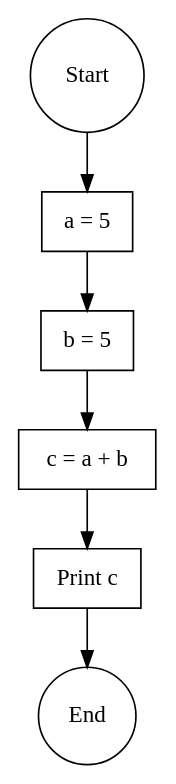
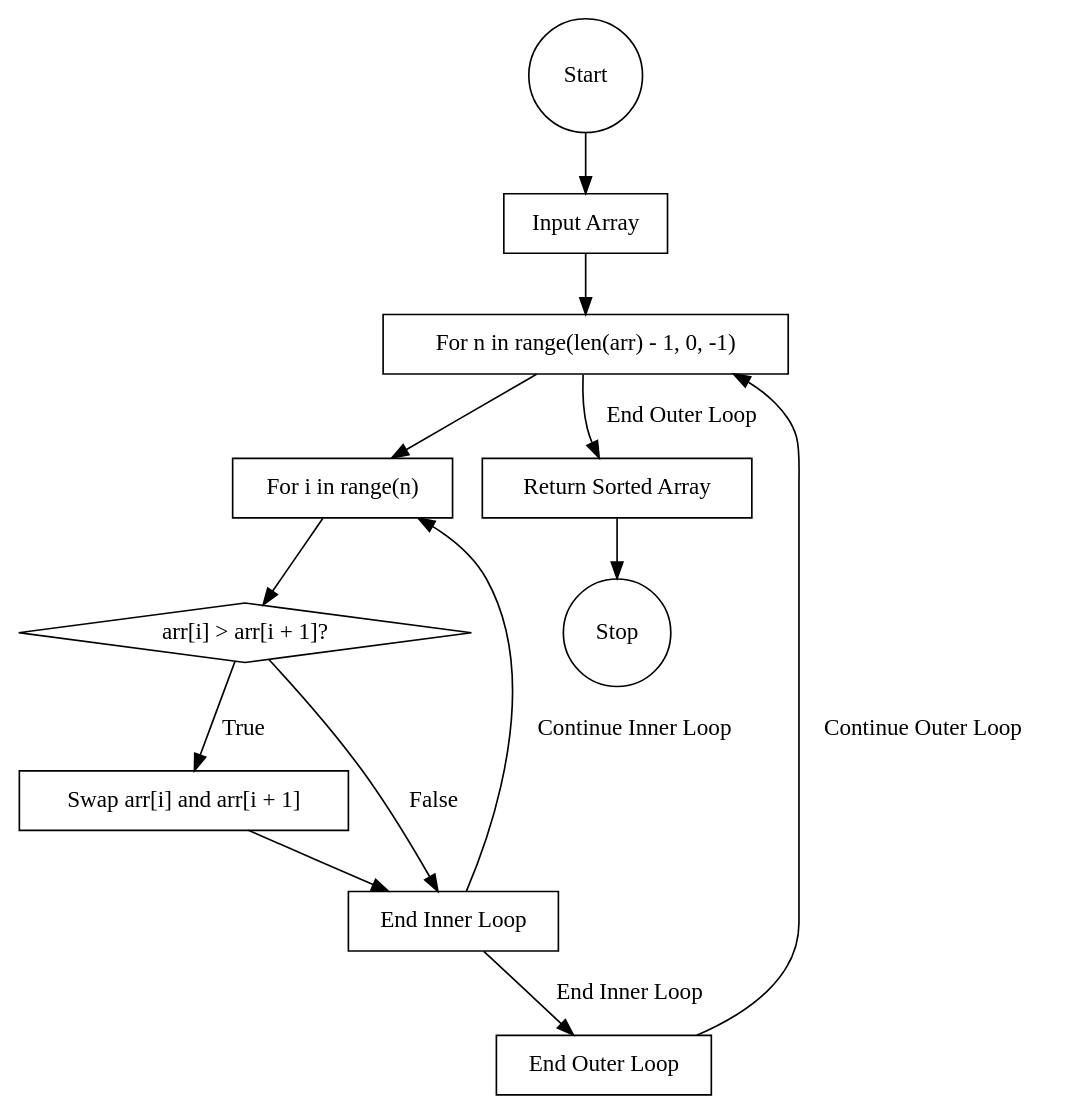
One commit to Saksham1515/AI_Code_Explainer changed the diagram in mygraph.dot. Above: the diagram before and after it, drawn with Graphviz. The commit also changed 3 other files, not shown here.

```diff
--- a/mygraph.dot
+++ b/mygraph.dot
@@ -1,16 +1,27 @@
 digraph G {
-    node [shape=box];
-    
-    start [label="Start", shape=circle];
-    a [label="a = 5", shape=box];
-    b [label="b = 5", shape=box];
-    add [label="c = a + b", shape=box];
-    print [label="Print c", shape=box];
-    end [label="End", shape=circle];
-    
-    start -> a;
-    a -> b;
-    b -> add;
-    add -> print;
-    print -> end;
+        node [shape=box];
+
+        start [label="Start", shape=circle];
+        input [label="Input Array", shape=box];
+        outer_loop [label="For n in range(len(arr) - 1, 0, -1)", shape=box];
+        inner_loop [label="For i in range(n)", shape=box];
+        comparison [label="arr[i] > arr[i + 1]?", shape=diamond];
+        swap [label="Swap arr[i] and arr[i + 1]", shape=box];
+        end_inner_loop [label="End Inner Loop", shape=box];
+        end_outer_loop [label="End Outer Loop", shape=box];
+        return [label="Return Sorted Array", shape=box];
+        stop [label="Stop", shape=circle];
+
+        start -> input;
+        input -> outer_loop;
+        outer_loop -> inner_loop;
+        inner_loop -> comparison;
+        comparison -> swap [label="True"];
+        swap -> end_inner_loop;
+        comparison -> end_inner_loop [label="False"];
+        end_inner_loop -> inner_loop [label="Continue Inner Loop"];
+        end_inner_loop -> end_outer_loop [label="End Inner Loop"];
+        end_outer_loop -> outer_loop [label="Continue Outer Loop"];
+        outer_loop -> return [label="End Outer Loop"];
+        return -> stop;
 }
```
